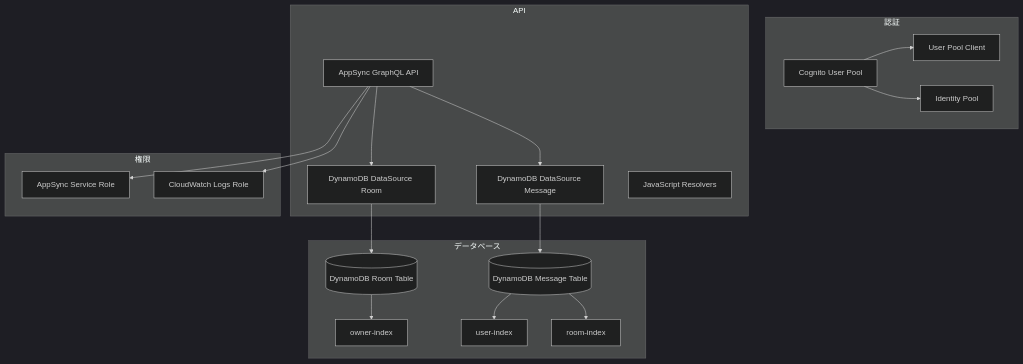
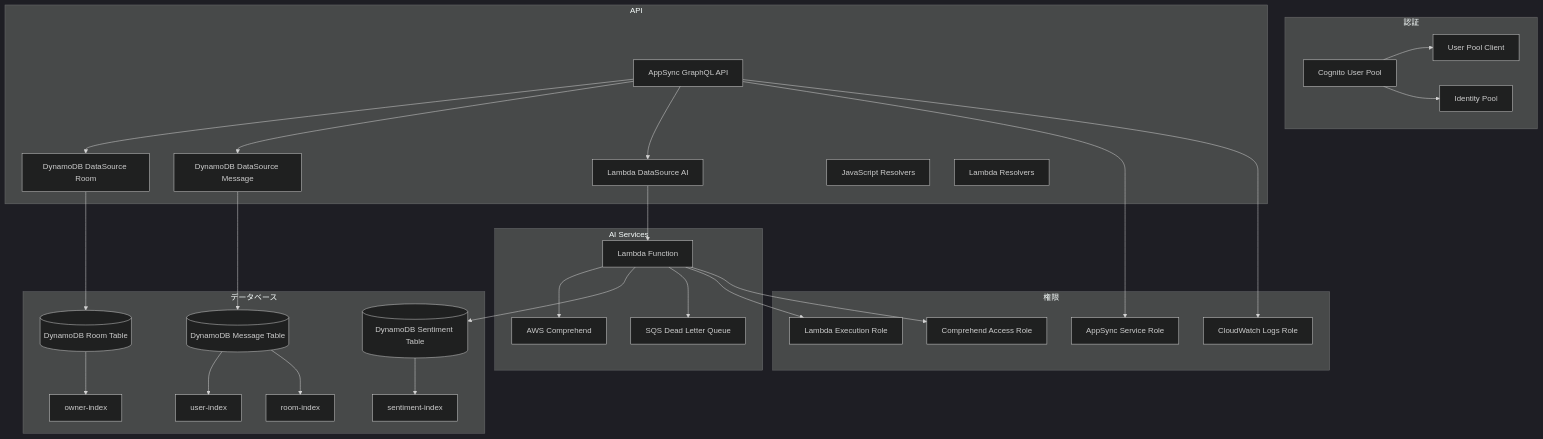
The diagram in infra/README.md (keitti73/chat_app_by_ai), drawn with Mermaid (dark theme) before and after one commit. The commit also changed other lines of this file and 14 other files, not shown here.

First line of the commit message:
feat(lambda): Implement advanced sentiment analysis resolver with AWS Comprehend integration

````diff
--- a/infra/README.md
+++ b/infra/README.md
@@ -42,40 +45,60 @@
 ```mermaid
 graph TB
     subgraph "認証"
         UP[Cognito User Pool]
         UPC[User Pool Client]
         IP[Identity Pool]
     end
     
     subgraph "API"
         AS[AppSync GraphQL API]
         DS1[DynamoDB DataSource Room]
         DS2[DynamoDB DataSource Message]
+        DS3[Lambda DataSource AI]
         RES[JavaScript Resolvers]
+        LAMBDA_RES[Lambda Resolvers]
+    end
+    
+    subgraph "AI Services"
+        LAMBDA[Lambda Function]
+        COMPREHEND[AWS Comprehend]
+        SQS[SQS Dead Letter Queue]
     end
     
     subgraph "データベース"
         ROOM[(DynamoDB Room Table)]
         MSG[(DynamoDB Message Table)]
+        SENTIMENT[(DynamoDB Sentiment Table)]
         GSI1[owner-index]
         GSI2[user-index]
         GSI3[room-index]
+        GSI4[sentiment-index]
     end
     
     subgraph "権限"
         IAM_AS[AppSync Service Role]
         IAM_CW[CloudWatch Logs Role]
+        IAM_LAMBDA[Lambda Execution Role]
+        IAM_COMPREHEND[Comprehend Access Role]
     end
     
     UP --> UPC
     UP --> IP
     AS --> DS1
     AS --> DS2
+    AS --> DS3
     DS1 --> ROOM
     DS2 --> MSG
+    DS3 --> LAMBDA
+    LAMBDA --> COMPREHEND
+    LAMBDA --> SENTIMENT
+    LAMBDA --> SQS
     ROOM --> GSI1
     MSG --> GSI2
     MSG --> GSI3
+    SENTIMENT --> GSI4
     AS --> IAM_AS
     AS --> IAM_CW
+    LAMBDA --> IAM_LAMBDA
+    LAMBDA --> IAM_COMPREHEND
 ```
````
